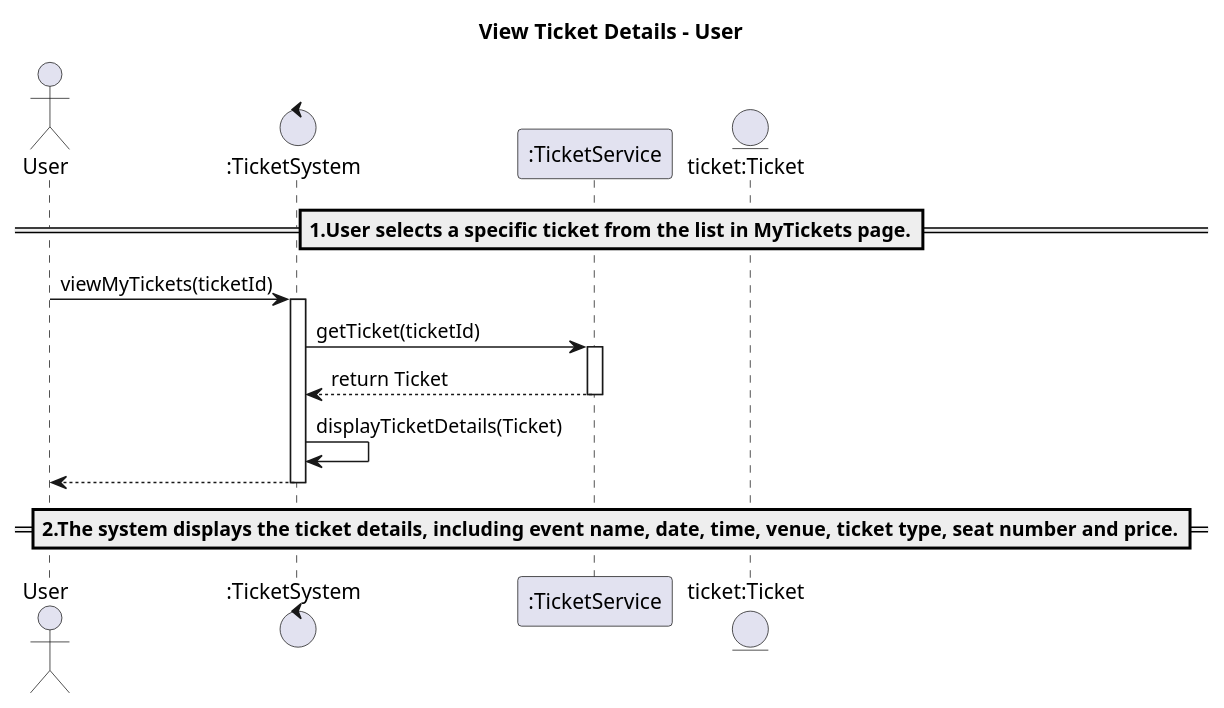
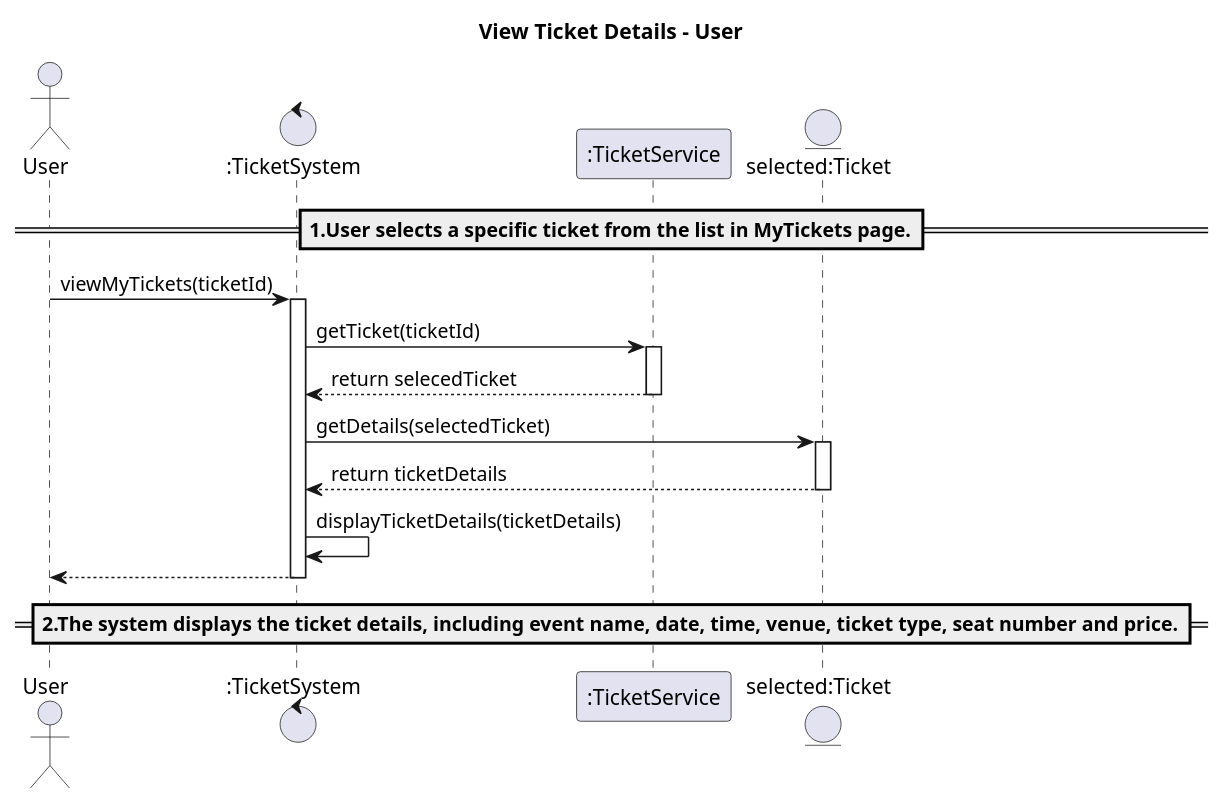
Before and after one commit to mrle0429/Event-Management-System: the diagram in 02-analysis/usecases/text/17-view-ticket-details.puml, drawn with PlantUML. The commit also changed 6 other files, not shown here.

```diff
--- a/02-analysis/usecases/text/17-view-ticket-details.puml
+++ b/02-analysis/usecases/text/17-view-ticket-details.puml
@@ -1,20 +1,24 @@
 @startuml
 title View Ticket Details - User
 
 actor User
 control ":TicketSystem" as UD
 participant ":TicketService" as TS
-entity "ticket:Ticket" as ticket
+entity "selected:Ticket" as ticket
 
 == 1.User selects a specific ticket from the list in MyTickets page.==
 User -> UD : viewMyTickets(ticketId)
 activate UD
 UD -> TS : getTicket(ticketId)
 activate TS
-TS --> UD : return Ticket
+TS --> UD : return selecedTicket
 deactivate TS
-UD -> UD : displayTicketDetails(Ticket)
+UD -> ticket: getDetails(selectedTicket)
+activate ticket
+ticket --> UD: return ticketDetails
+deactivate ticket
+UD -> UD : displayTicketDetails(ticketDetails)
 UD --> User :
 deactivate UD
 ==2.The system displays the ticket details, including event name, date, time, venue, ticket type, seat number and price.==
 @enduml
```
